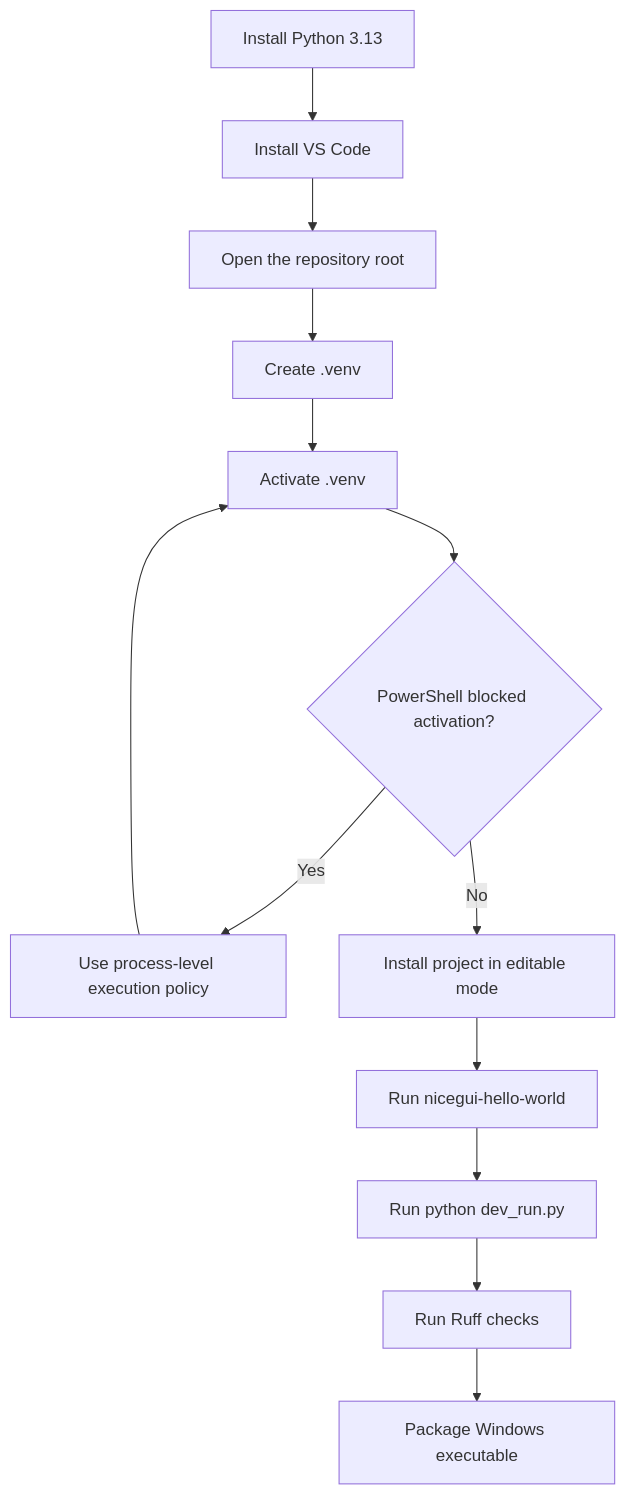
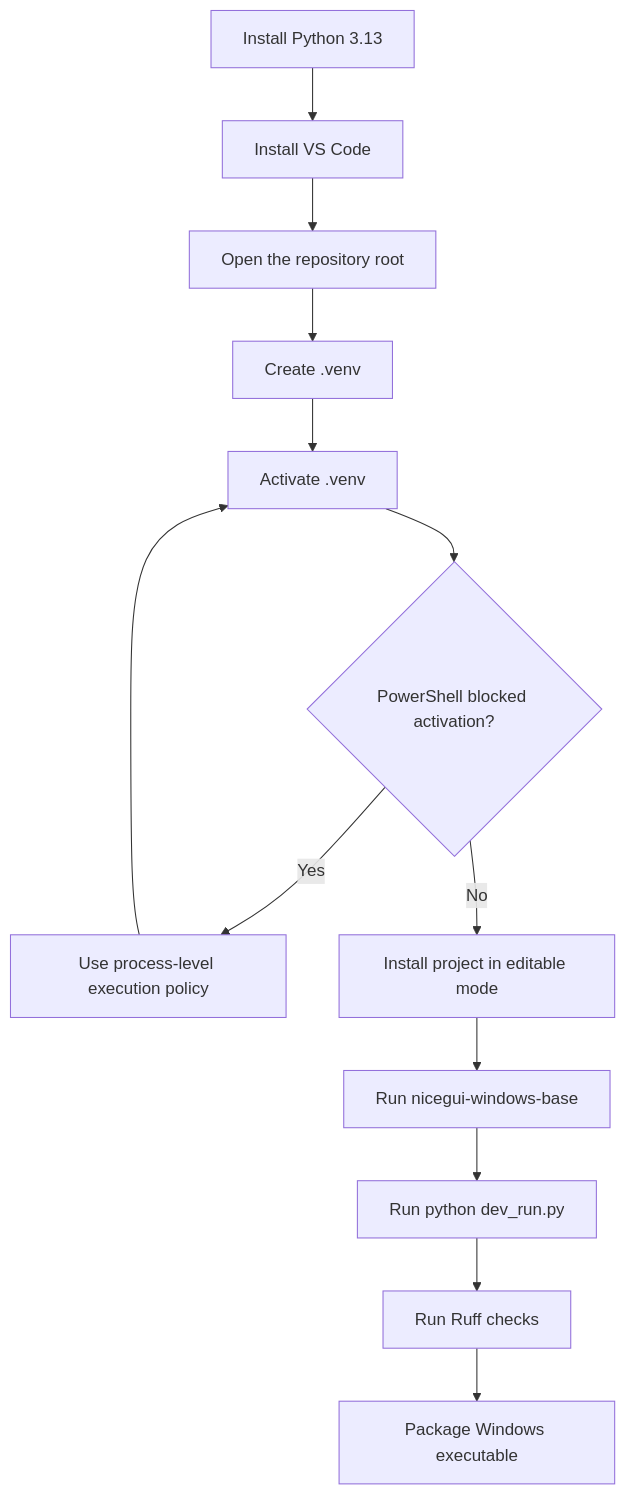
One commit to Fonze81/NiceGui-Windows-Base changed the diagram in docs/development_environment.md. Above: the diagram before and after it, drawn with Mermaid. The commit also changed other lines of this file and 23 other files, not shown here.

First line of the commit message:
refactor(package): rename package directory to nicegui_windows_base

````diff
--- a/docs/development_environment.md
+++ b/docs/development_environment.md
@@ -23,15 +23,15 @@
 ```mermaid
 flowchart TD
     A[Install Python 3.13] --> B[Install VS Code]
     B --> C[Open the repository root]
     C --> D[Create .venv]
     D --> E[Activate .venv]
     E --> F{PowerShell blocked activation?}
     F -- Yes --> G[Use process-level execution policy]
     G --> E
     F -- No --> H[Install project in editable mode]
-    H --> I[Run nicegui-hello-world]
+    H --> I[Run nicegui-windows-base]
     I --> J[Run python dev_run.py]
     J --> K[Run Ruff checks]
     K --> L[Package Windows executable]
 ```
````
